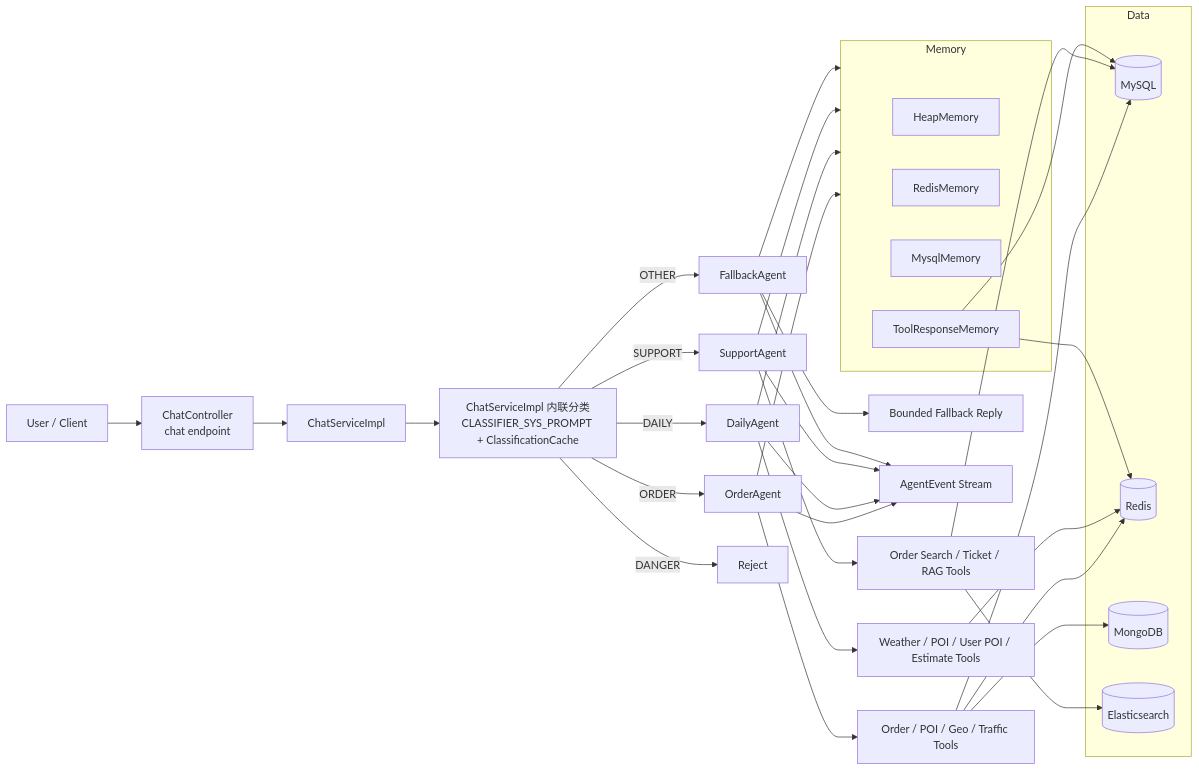
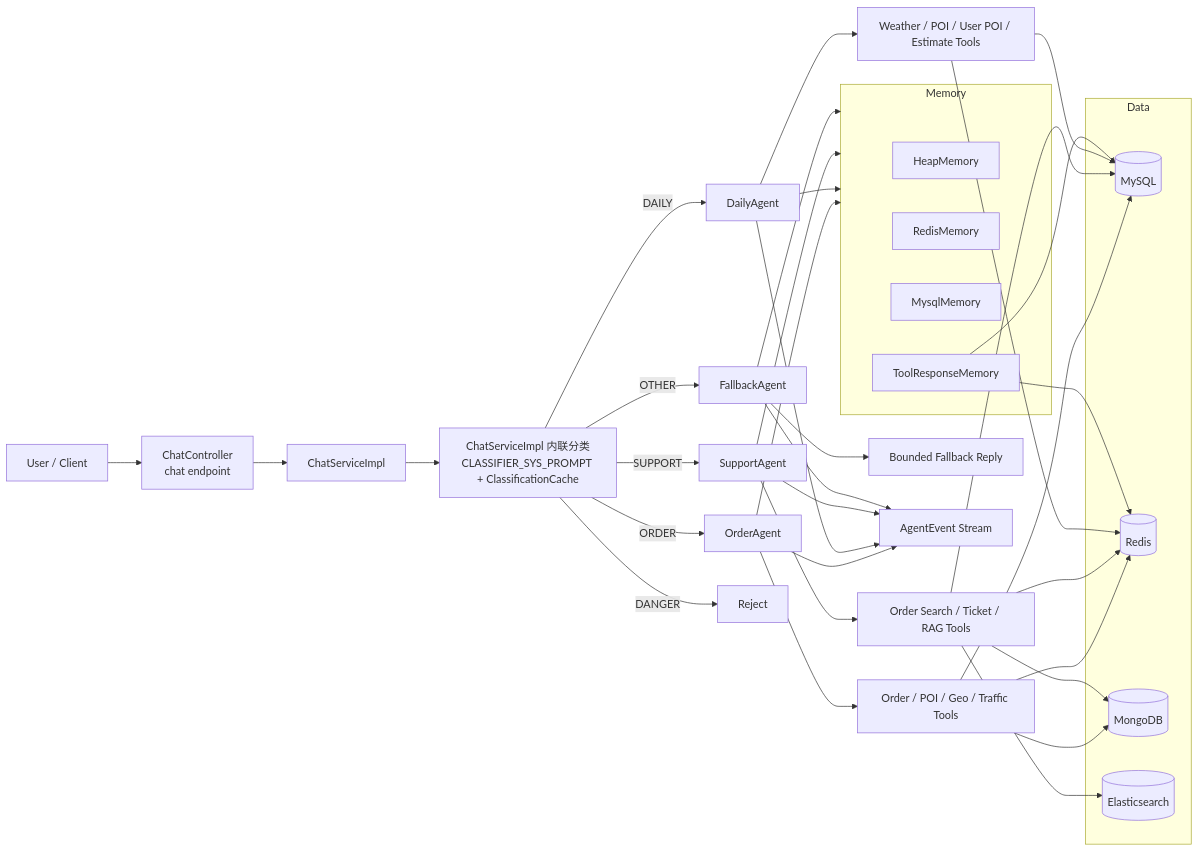
One commit to TheoReed7373/RideAgentHub changed the first of 2 diagrams in README.md. Above: the diagram before and after it, drawn with Mermaid. The commit also changed other lines of this file, not shown here.

````diff
--- a/README.md
+++ b/README.md
@@ -70,50 +70,53 @@
 ```mermaid
 flowchart LR
     U[User / Client] --> API[ChatController<br/>chat endpoint]
     API --> CS[ChatServiceImpl]
     CS --> CLS[ChatServiceImpl 内联分类<br/>CLASSIFIER_SYS_PROMPT + ClassificationCache]
 
     CLS -->|ORDER| OA[OrderAgent]
     CLS -->|DAILY| DA[DailyAgent]
     CLS -->|SUPPORT| SA[SupportAgent]
     CLS -->|OTHER| FA[FallbackAgent]
     CLS -->|DANGER| BLOCK[Reject]
 
     OA --> OTOOLS[Order / POI / Geo / Traffic Tools]
     DA --> DTOOLS[Weather / POI / User POI / Estimate Tools]
     SA --> STOOLS[Order Search / Ticket / RAG Tools]
     FA --> FTXT[Bounded Fallback Reply]
 
     OA --> EVT[AgentEvent Stream]
     DA --> EVT
     SA --> EVT
     FA --> EVT
 
     subgraph Memory
       H[HeapMemory]
       R[RedisMemory]
       M[MysqlMemory]
       TR[ToolResponseMemory]
     end
 
     subgraph Data
       MYSQL[(MySQL)]
       REDIS[(Redis)]
       MONGO[(MongoDB)]
       ES[(Elasticsearch)]
     end
 
     OA --> Memory
     DA --> Memory
     SA --> Memory
     FA --> Memory
 
     OTOOLS --> REDIS
     OTOOLS --> MYSQL
     OTOOLS --> MONGO
+    STOOLS --> REDIS
     STOOLS --> MYSQL
+    STOOLS --> MONGO
     STOOLS --> ES
     DTOOLS --> REDIS
+    DTOOLS --> MYSQL
     TR --> REDIS
     TR --> MYSQL
 ```
````
